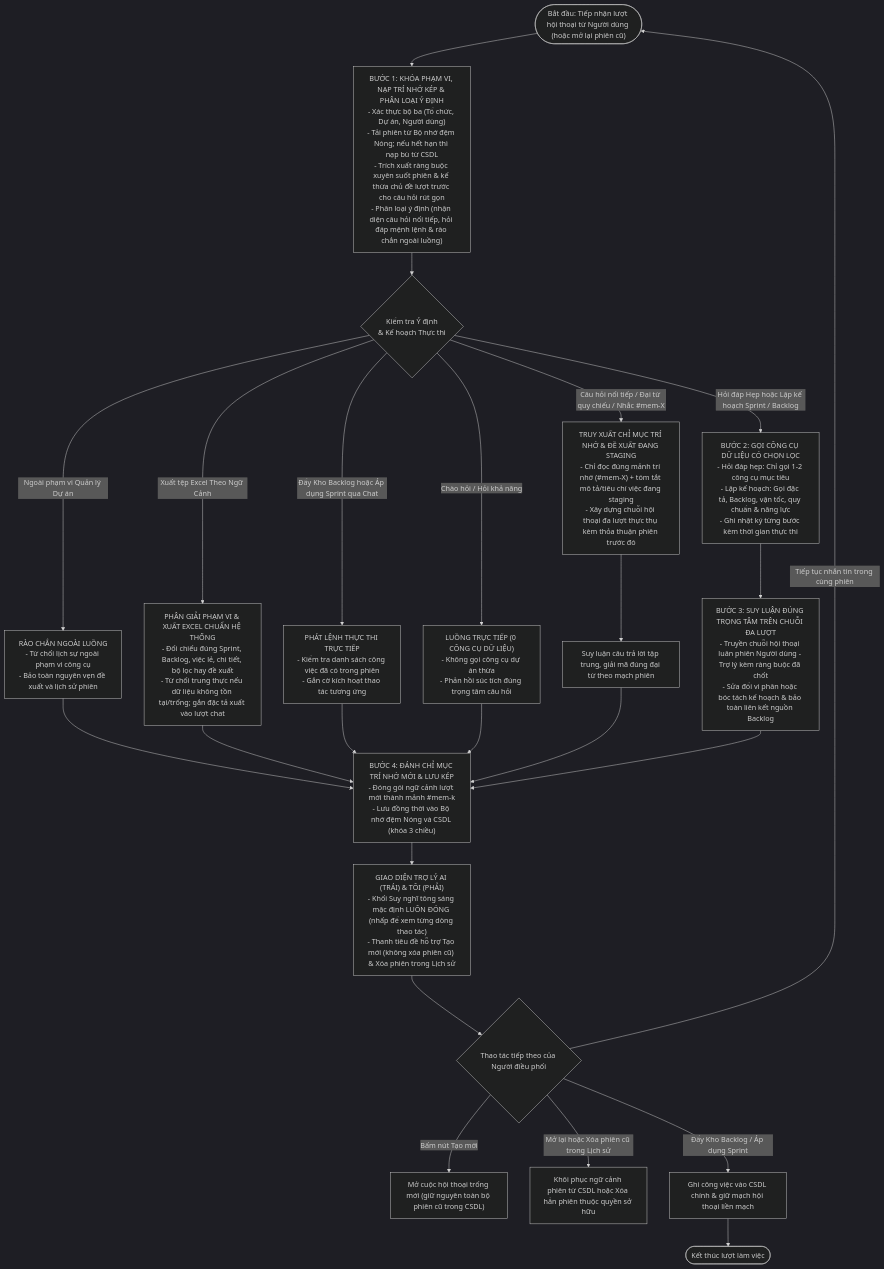
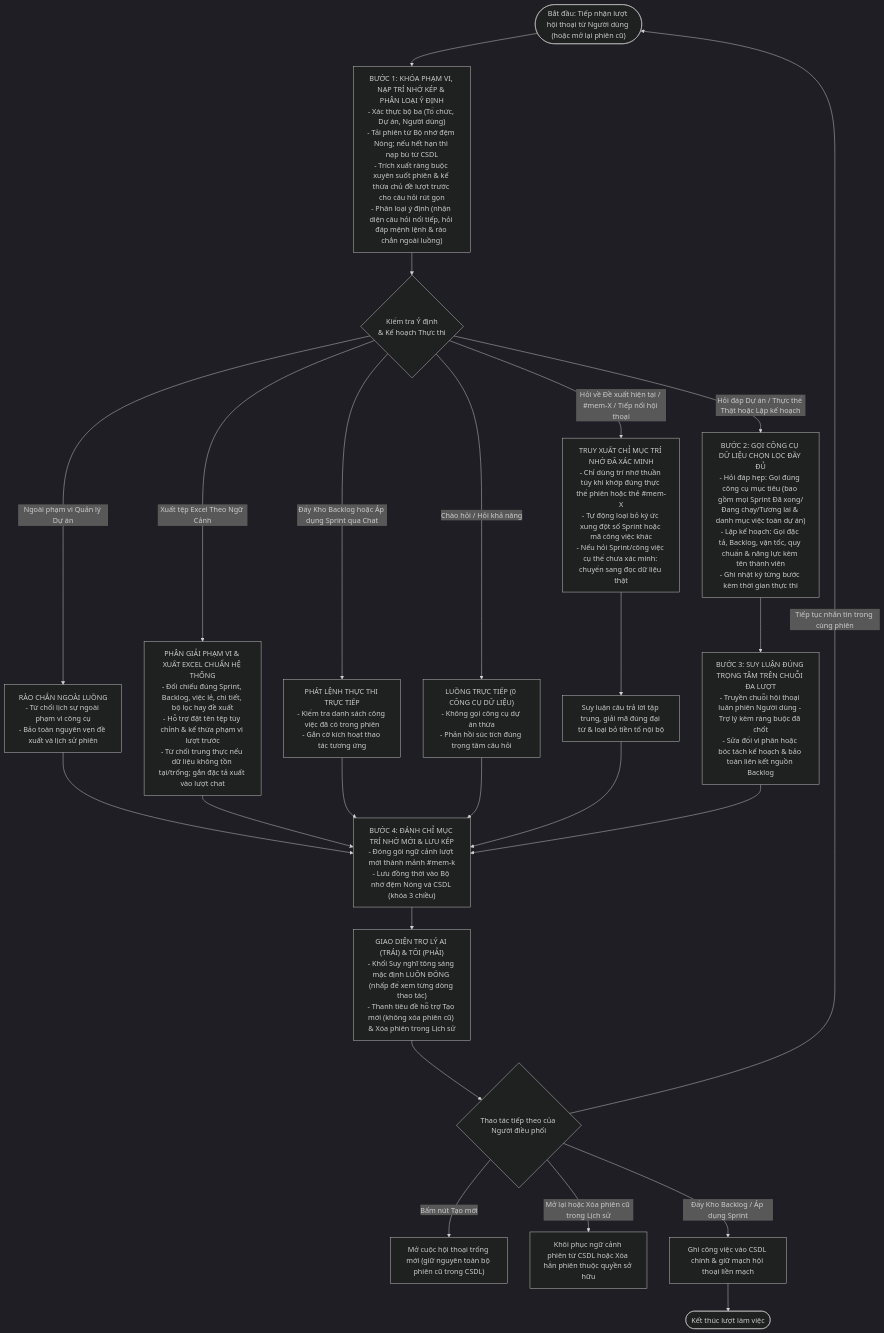
The second of 2 diagrams in docs/ai/02-so-do-tuan-tu-va-hoat-dong.md (TranHoang2k40525/ProjectMgmt), drawn with Mermaid (dark theme) before and after one commit. The commit also changed 15 other files, not shown here.

Commit message:
fix(ai): đảm bảo AI đối chiếu dữ liệu thật theo từng Sprint, hỗ trợ đặt tên tệp xuất Excel, đồng bộ tài liệu và sửa lỗi menu điều hướng

````diff
--- a/docs/ai/02-so-do-tuan-tu-va-hoat-dong.md
+++ b/docs/ai/02-so-do-tuan-tu-va-hoat-dong.md
@@ -137,38 +137,38 @@
 ```mermaid
 flowchart TD
     Start(["Bắt đầu: Tiếp nhận lượt hội thoại từ Người dùng (hoặc mở lại phiên cũ)"]) --> Step1["BƯỚC 1: KHÓA PHẠM VI, NẠP TRÍ NHỚ KÉP & PHÂN LOẠI Ý ĐỊNH\n- Xác thực bộ ba (Tổ chức, Dự án, Người dùng)\n- Tải phiên từ Bộ nhớ đệm Nóng; nếu hết hạn thì nạp bù từ CSDL\n- Trích xuất ràng buộc xuyên suốt phiên & kế thừa chủ đề lượt trước cho câu hỏi rút gọn\n- Phân loại ý định (nhận diện câu hỏi nối tiếp, hỏi đáp mệnh lệnh & rào chắn ngoài luồng)"]
 
     Step1 --> GuardIntent{"Kiểm tra Ý định\n& Kế hoạch Thực thi"}
 
     GuardIntent -- "Ngoài phạm vi Quản lý Dự án" --> RefuseOut["RÀO CHẮN NGOÀI LUỒNG\n- Từ chối lịch sự ngoài phạm vi công cụ\n- Bảo toàn nguyên vẹn đề xuất và lịch sử phiên"]
     RefuseOut --> SaveDual
 
-    GuardIntent -- "Xuất tệp Excel Theo Ngữ Cảnh" --> ExportExcel["PHÂN GIẢI PHẠM VI & XUẤT EXCEL CHUẨN HỆ THỐNG\n- Đối chiếu đúng Sprint, Backlog, việc lẻ, chi tiết, bộ lọc hay đề xuất\n- Từ chối trung thực nếu dữ liệu không tồn tại/trống; gắn đặc tả xuất vào lượt chat"]
+    GuardIntent -- "Xuất tệp Excel Theo Ngữ Cảnh" --> ExportExcel["PHÂN GIẢI PHẠM VI & XUẤT EXCEL CHUẨN HỆ THỐNG\n- Đối chiếu đúng Sprint, Backlog, việc lẻ, chi tiết, bộ lọc hay đề xuất\n- Hỗ trợ đặt tên tệp tùy chỉnh & kế thừa phạm vi lượt trước\n- Từ chối trung thực nếu dữ liệu không tồn tại/trống; gắn đặc tả xuất vào lượt chat"]
     ExportExcel --> SaveDual
 
     GuardIntent -- "Đẩy Kho Backlog hoặc Áp dụng Sprint qua Chat" --> AutoTrigger["PHÁT LỆNH THỰC THI TRỰC TIẾP\n- Kiểm tra danh sách công việc đã có trong phiên\n- Gắn cờ kích hoạt thao tác tương ứng"]
     AutoTrigger --> SaveDual
 
     GuardIntent -- "Chào hỏi / Hỏi khả năng" --> ZeroMcp["LUỒNG TRỰC TIẾP (0 CÔNG CỤ DỮ LIỆU)\n- Không gọi công cụ dự án thừa\n- Phản hồi súc tích đúng trọng tâm câu hỏi"]
     ZeroMcp --> SaveDual
 
-    GuardIntent -- "Câu hỏi nối tiếp / Đại từ quy chiếu / Nhắc #mem-X" --> RecallOnly["TRUY XUẤT CHỈ MỤC TRÍ NHỚ & ĐỀ XUẤT ĐANG STAGING\n- Chỉ đọc đúng mảnh trí nhớ (#mem-X) + tóm tắt mô tả/tiêu chí việc đang staging\n- Xây dựng chuỗi hội thoại đa lượt thực thụ kèm thỏa thuận phiên trước đó"]
-    RecallOnly --> Step4Focus["Suy luận câu trả lời tập trung, giải mã đúng đại từ theo mạch phiên"]
+    GuardIntent -- "Hỏi về Đề xuất hiện tại / #mem-X / Tiếp nối hội thoại" --> RecallOnly["TRUY XUẤT CHỈ MỤC TRÍ NHỚ ĐÃ XÁC MINH\n- Chỉ dùng trí nhớ thuần túy khi khớp đúng thực thể phiên hoặc thẻ #mem-X\n- Tự động loại bỏ ký ức xung đột số Sprint hoặc mã công việc khác\n- Nếu hỏi Sprint/công việc cụ thể chưa xác minh: chuyển sang đọc dữ liệu thật"]
+    RecallOnly --> Step4Focus["Suy luận câu trả lời tập trung, giải mã đúng đại từ & loại bỏ tiền tố nội bộ"]
     Step4Focus --> SaveDual
 
-    GuardIntent -- "Hỏi đáp Hẹp hoặc Lập kế hoạch Sprint / Backlog" --> Step2["BƯỚC 2: GỌI CÔNG CỤ DỮ LIỆU CÓ CHỌN LỌC\n- Hỏi đáp hẹp: Chỉ gọi 1-2 công cụ mục tiêu\n- Lập kế hoạch: Gọi đặc tả, Backlog, vận tốc, quy chuẩn & năng lực\n- Ghi nhật ký từng bước kèm thời gian thực thi"]
+    GuardIntent -- "Hỏi đáp Dự án / Thực thể Thật hoặc Lập kế hoạch" --> Step2["BƯỚC 2: GỌI CÔNG CỤ DỮ LIỆU CHỌN LỌC ĐẦY ĐỦ\n- Hỏi đáp hẹp: Gọi đúng công cụ mục tiêu (bao gồm mọi Sprint Đã xong/Đang chạy/Tương lai & danh mục việc toàn dự án)\n- Lập kế hoạch: Gọi đặc tả, Backlog, vận tốc, quy chuẩn & năng lực kèm tên thành viên\n- Ghi nhật ký từng bước kèm thời gian thực thi"]
 
     Step2 --> Step4["BƯỚC 3: SUY LUẬN ĐÚNG TRỌNG TÂM TRÊN CHUỖI ĐA LƯỢT\n- Truyền chuỗi hội thoại luân phiên Người dùng - Trợ lý kèm ràng buộc đã chốt\n- Sửa đổi vi phân hoặc bóc tách kế hoạch & bảo toàn liên kết nguồn Backlog"]
 
     Step4 --> SaveDual["BƯỚC 4: ĐÁNH CHỈ MỤC TRÍ NHỚ MỚI & LƯU KÉP\n- Đóng gói ngữ cảnh lượt mới thành mảnh #mem-k\n- Lưu đồng thời vào Bộ nhớ đệm Nóng và CSDL (khóa 3 chiều)"]
 
     SaveDual --> DisplayUI["GIAO DIỆN TRỢ LÝ AI (TRÁI) & TÔI (PHẢI)\n- Khối Suy nghĩ tông sáng mặc định LUÔN ĐÓNG (nhấp để xem từng dòng thao tác)\n- Thanh tiêu đề hỗ trợ Tạo mới (không xóa phiên cũ) & Xóa phiên trong Lịch sử"]
 
     DisplayUI --> UserAction{"Thao tác tiếp theo của Người điều phối"}
 
     UserAction -- "Tiếp tục nhắn tin trong cùng phiên" --> Start
     UserAction -- "Bấm nút Tạo mới" --> NewBlank["Mở cuộc hội thoại trống mới (giữ nguyên toàn bộ phiên cũ trong CSDL)"]
     UserAction -- "Mở lại hoặc Xóa phiên cũ trong Lịch sử" --> ManageHist["Khôi phục ngữ cảnh phiên từ CSDL hoặc Xóa hẳn phiên thuộc quyền sở hữu"]
     UserAction -- "Đẩy Kho Backlog / Áp dụng Sprint" --> CommitDB["Ghi công việc vào CSDL chính & giữ mạch hội thoại liền mạch"]
     CommitDB --> Finish(["Kết thúc lượt làm việc"])
 ```
````
